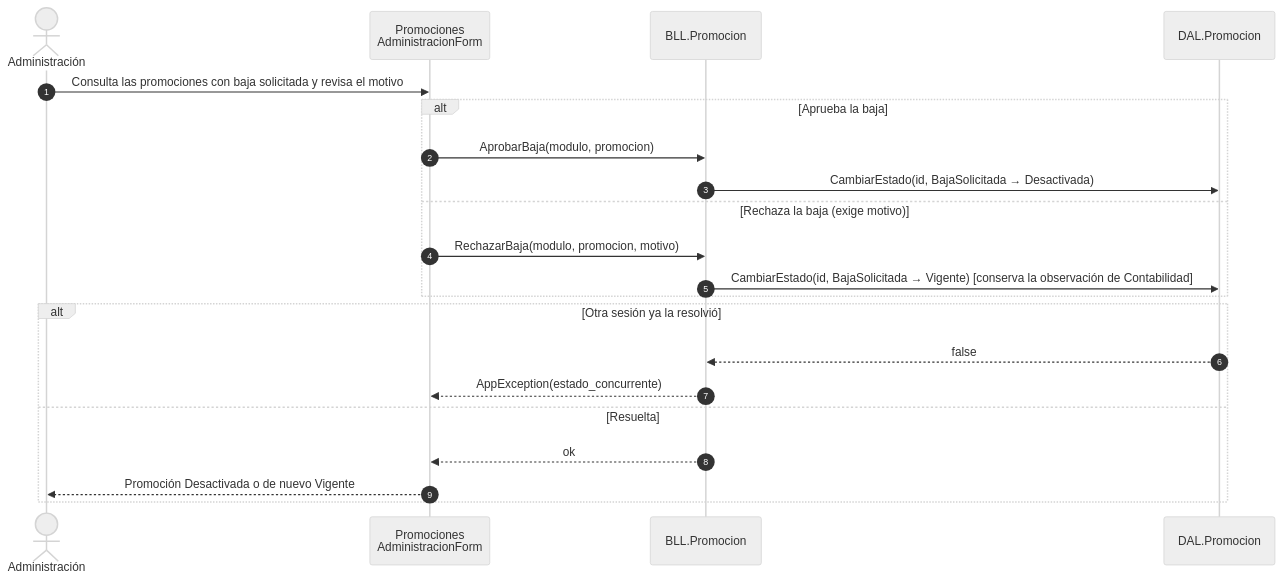
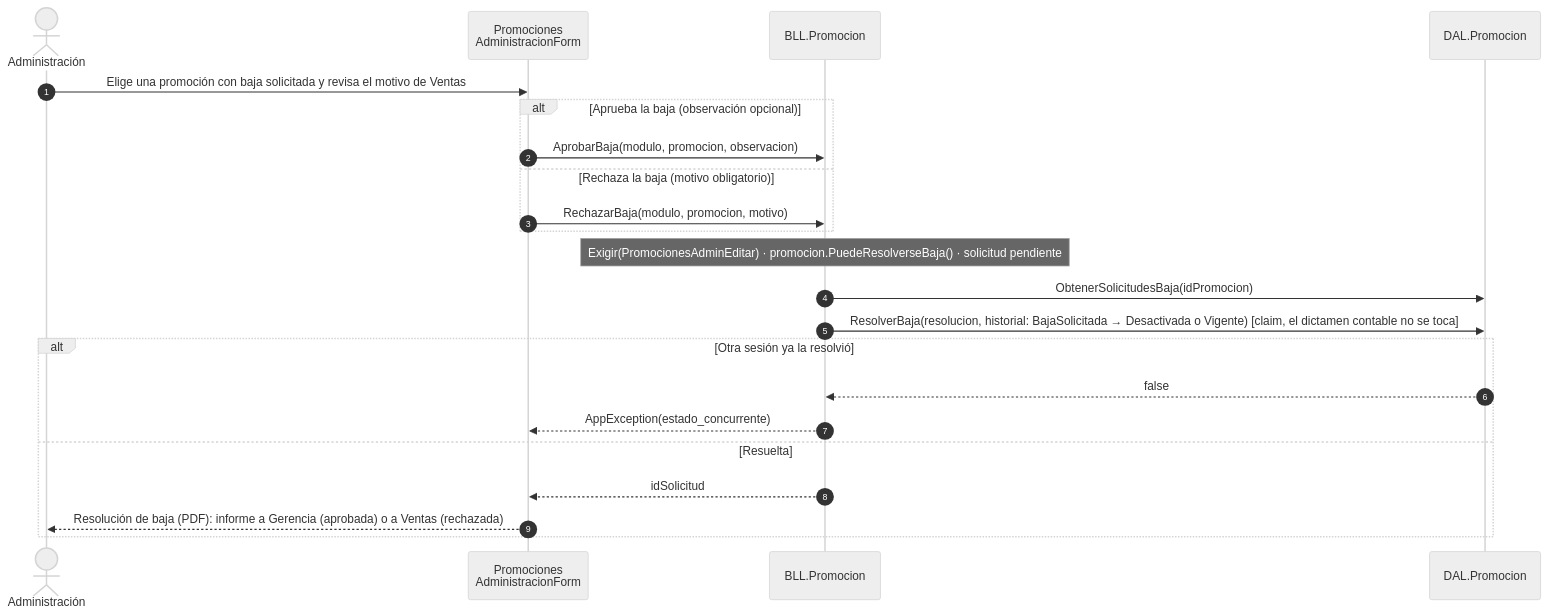
Before and after one commit to valentinamorana/Trabajo-de-Diploma: the diagram in docs/diagramas/mermaid/DSS_PN03_CU02_ADM_ResolverBaja.mmd, drawn with Mermaid (neutral theme). The commit also changed 99 other files, not shown here.

First line of the commit message:
PN03: las promociones siguen el flujo aprobado

```diff
--- a/docs/diagramas/mermaid/DSS_PN03_CU02_ADM_ResolverBaja.mmd
+++ b/docs/diagramas/mermaid/DSS_PN03_CU02_ADM_ResolverBaja.mmd
@@ -1,21 +1,22 @@
 sequenceDiagram
   autonumber
   actor A as Administración
   participant F as Promociones<br/>AdministracionForm
   participant B as BLL.Promocion
   participant D as DAL.Promocion
-  A->>F: Consulta las promociones con baja solicitada y revisa el motivo
-  alt Aprueba la baja
-    F->>B: AprobarBaja(modulo, promocion)
-    B->>D: CambiarEstado(id, BajaSolicitada → Desactivada)
-  else Rechaza la baja (exige motivo)
+  A->>F: Elige una promoción con baja solicitada y revisa el motivo de Ventas
+  alt Aprueba la baja (observación opcional)
+    F->>B: AprobarBaja(modulo, promocion, observacion)
+  else Rechaza la baja (motivo obligatorio)
     F->>B: RechazarBaja(modulo, promocion, motivo)
-    B->>D: CambiarEstado(id, BajaSolicitada → Vigente)  [conserva la observación de Contabilidad]
   end
+  Note over B: Exigir(PromocionesAdminEditar) · promocion.PuedeResolverseBaja() · solicitud pendiente
+  B->>D: ObtenerSolicitudesBaja(idPromocion)
+  B->>D: ResolverBaja(resolucion, historial: BajaSolicitada → Desactivada o Vigente)  [claim, el dictamen contable no se toca]
   alt Otra sesión ya la resolvió
     D-->>B: false
     B-->>F: AppException(estado_concurrente)
   else Resuelta
-    B-->>F: ok
-    F-->>A: Promoción Desactivada o de nuevo Vigente
+    B-->>F: idSolicitud
+    F-->>A: Resolución de baja (PDF): informe a Gerencia (aprobada) o a Ventas (rechazada)
   end
```
